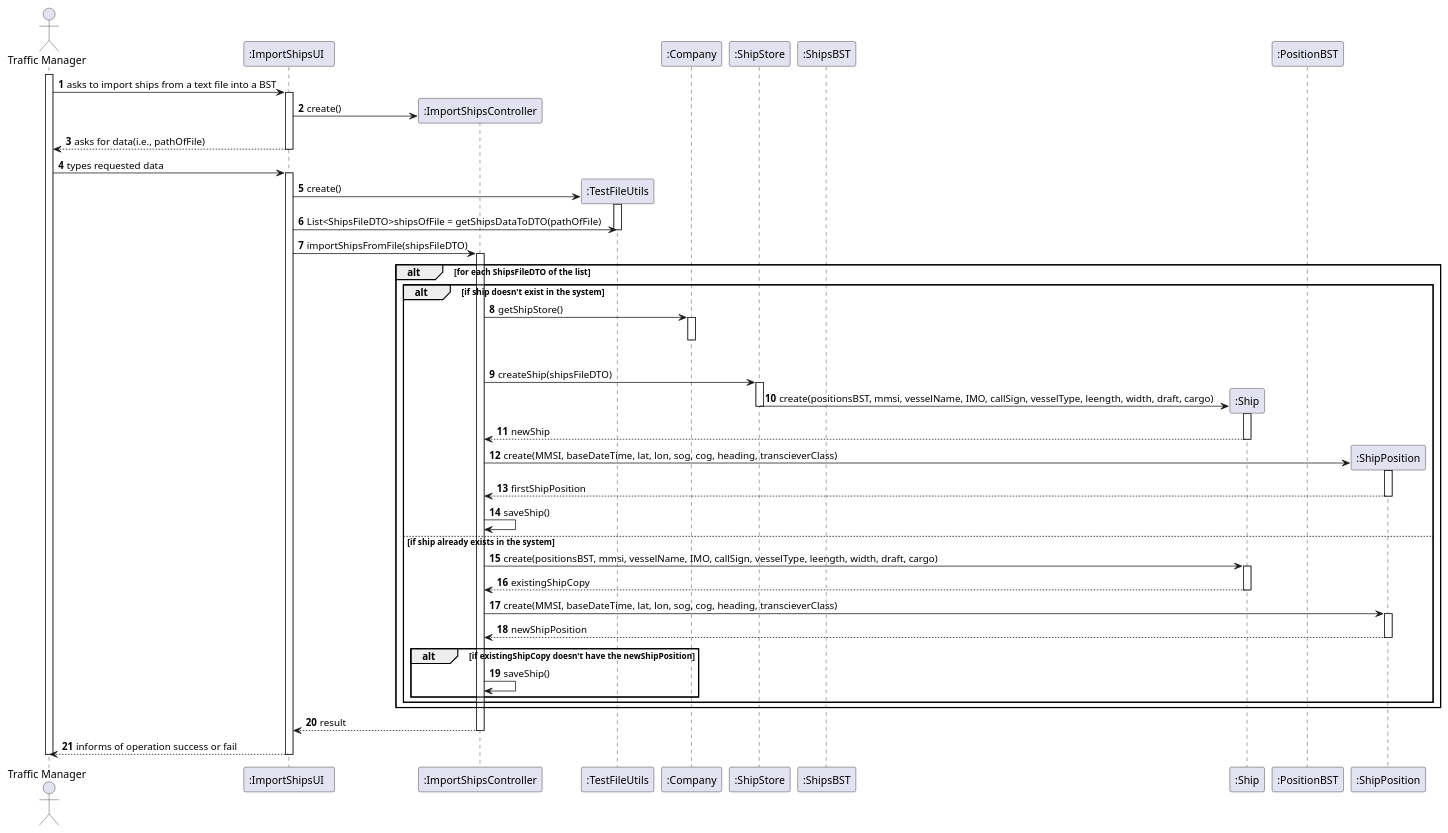
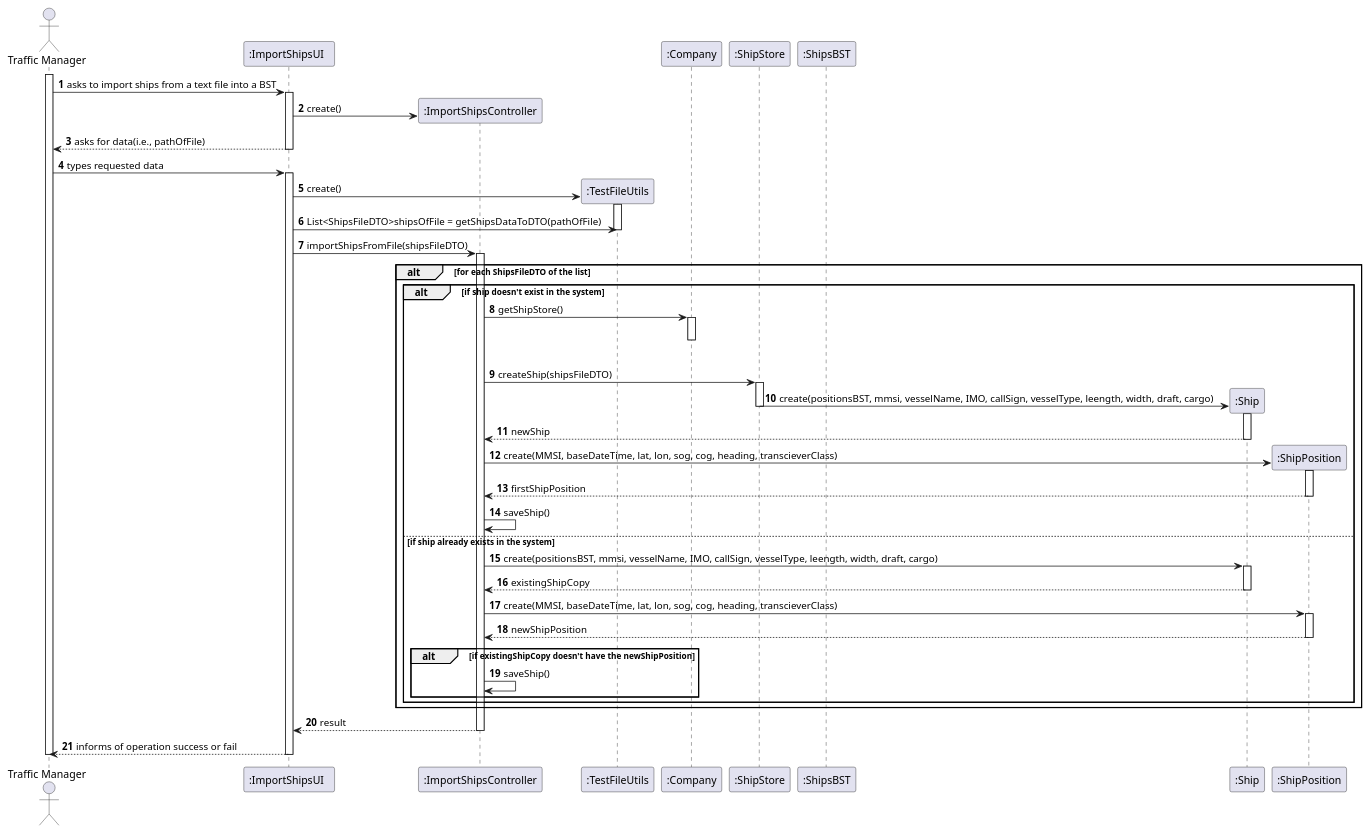
One commit to ana-albergaria/LAPR3-ISEP changed the diagram in docs/US101/US_101_SD.puml. Above: the diagram before and after it, drawn with PlantUML. The commit also changed 7 other files, not shown here.

```diff
--- a/docs/US101/US_101_SD.puml
+++ b/docs/US101/US_101_SD.puml
@@ -1,67 +1,66 @@
 @startuml
 autonumber
 'hide footbox
 actor "Traffic Manager" as TM
 participant ":ImportShipsUI  " as UI
 participant ":ImportShipsController" as CTRL
 participant ":TestFileUtils" as TFU
 participant ":Company" as CMP
 participant ":ShipStore" as STORE
 participant ":ShipsBST" as SBST
 participant ":Ship" as SHIP
-participant ":PositionBST" as PBST
 participant ":ShipPosition" as POS
 
 activate TM
 TM -> UI : asks to import ships from a text file into a BST
 activate UI
 UI -> CTRL** : create()
 UI --> TM : asks for data(i.e., pathOfFile)
 deactivate UI
 TM -> UI : types requested data
 activate UI
 UI -> TFU** : create()
 activate TFU
 UI -> TFU : List<ShipsFileDTO>shipsOfFile = getShipsDataToDTO(pathOfFile)
 deactivate TFU
 UI -> CTRL : importShipsFromFile(shipsFileDTO)
 activate CTRL
 alt for each ShipsFileDTO of the list
 alt if ship doesn't exist in the system
 CTRL -> CMP : getShipStore()
 activate CMP
 |||
 deactivate CMP
 CTRL -> STORE : createShip(shipsFileDTO)
 activate STORE
 STORE -> SHIP** : create(positionsBST, mmsi, vesselName, IMO, callSign, vesselType, leength, width, draft, cargo)
 activate SHIP
 deactivate STORE
 SHIP --> CTRL : newShip
 deactivate SHIP
 CTRL -> POS** : create(MMSI, baseDateTime, lat, lon, sog, cog, heading, transcieverClass)
 activate POS
 POS --> CTRL : firstShipPosition
 deactivate POS
 CTRL -> CTRL : saveShip()
 else if ship already exists in the system
 CTRL -> SHIP : create(positionsBST, mmsi, vesselName, IMO, callSign, vesselType, leength, width, draft, cargo)
 activate SHIP
 SHIP --> CTRL : existingShipCopy
 deactivate SHIP
 CTRL -> POS : create(MMSI, baseDateTime, lat, lon, sog, cog, heading, transcieverClass)
 activate POS
 POS --> CTRL : newShipPosition
 deactivate POS
 alt if existingShipCopy doesn't have the newShipPosition
 CTRL -> CTRL : saveShip()
 end
 end
 end
 CTRL --> UI : result
 deactivate CTRL
 UI --> TM : informs of operation success or fail
 deactivate UI
 deactivate TM
 
 @enduml
```
